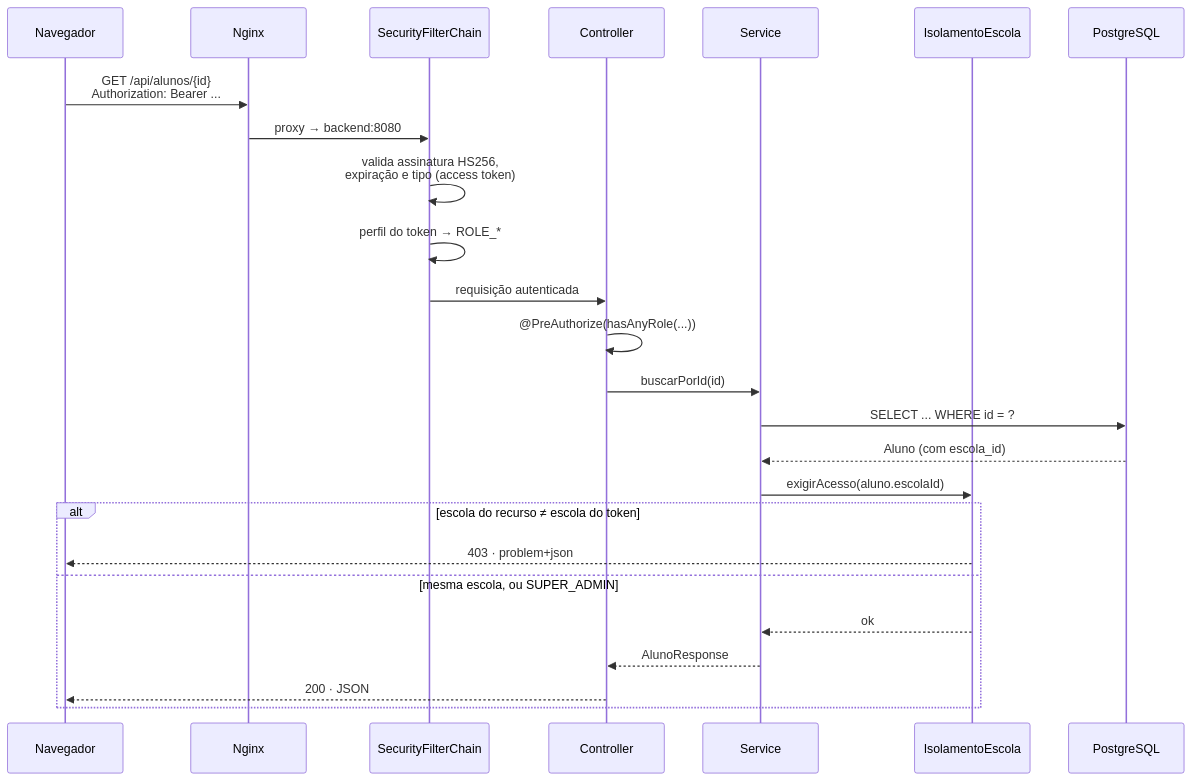
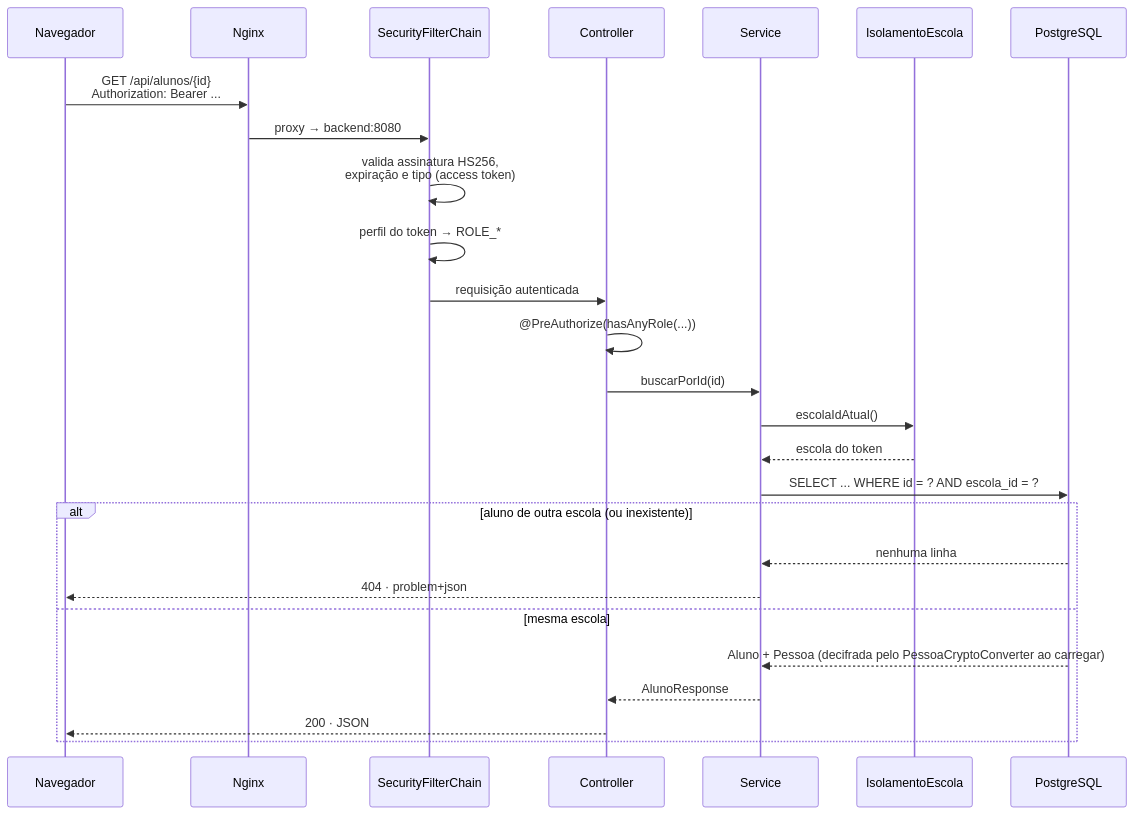
Before and after one commit to ICEI-PUC-Minas-PMGES-TI/pmg-es-2026-2-ti3-9577100-eduka: the fifth of 6 diagrams in Artefatos/arquitetura/arquitetura-da-solucao.md, drawn with Mermaid. The commit also changed other lines of this file and 6 other files, not shown here.

````diff
--- a/Artefatos/arquitetura/arquitetura-da-solucao.md
+++ b/Artefatos/arquitetura/arquitetura-da-solucao.md
@@ -210,28 +227,29 @@
 ```mermaid
 sequenceDiagram
     participant U as Navegador
     participant N as Nginx
     participant F as SecurityFilterChain
     participant C as Controller
     participant S as Service
     participant I as IsolamentoEscola
     participant D as PostgreSQL
 
     U->>N: GET /api/alunos/{id}<br/>Authorization: Bearer ...
     N->>F: proxy → backend:8080
     F->>F: valida assinatura HS256,<br/>expiração e tipo (access token)
     F->>F: perfil do token → ROLE_*
     F->>C: requisição autenticada
     C->>C: @PreAuthorize(hasAnyRole(...))
     C->>S: buscarPorId(id)
-    S->>D: SELECT ... WHERE id = ?
-    D-->>S: Aluno (com escola_id)
-    S->>I: exigirAcesso(aluno.escolaId)
-    alt escola do recurso ≠ escola do token
-        I-->>U: 403 · problem+json
-    else mesma escola, ou SUPER_ADMIN
-        I-->>S: ok
+    S->>I: escolaIdAtual()
+    I-->>S: escola do token
+    S->>D: SELECT ... WHERE id = ? AND escola_id = ?
+    alt aluno de outra escola (ou inexistente)
+        D-->>S: nenhuma linha
+        S-->>U: 404 · problem+json
+    else mesma escola
+        D-->>S: Aluno + Pessoa (decifrada pelo PessoaCryptoConverter ao carregar)
         S-->>C: AlunoResponse
         C-->>U: 200 · JSON
     end
 ```
````
